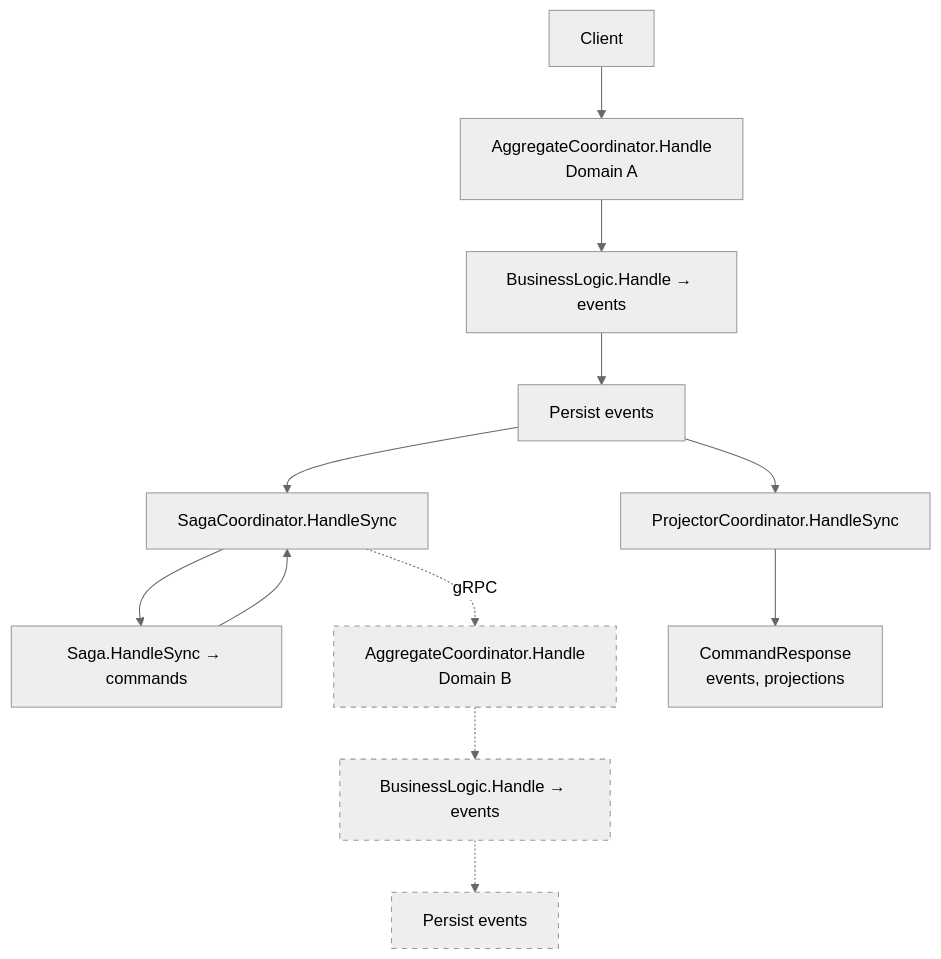
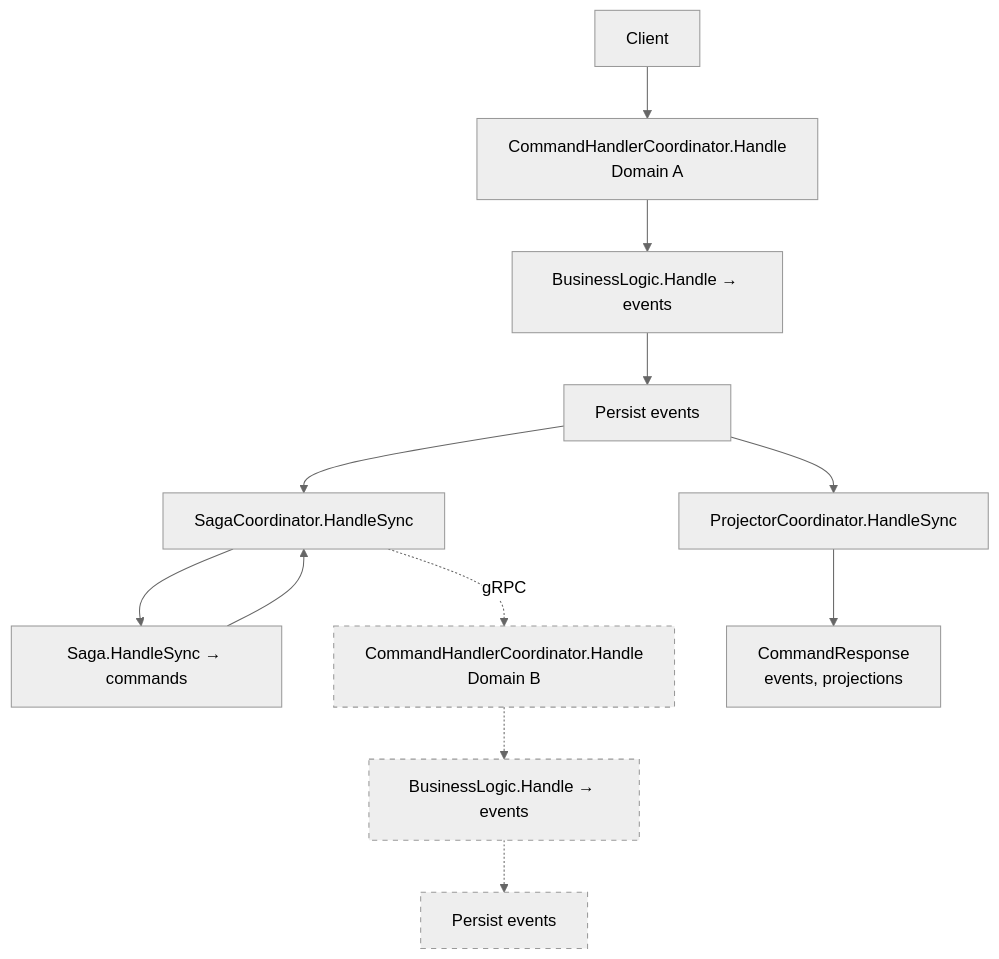
One commit to benjaminabbitt/angzarr changed the third of 3 diagrams in docs/docs/architecture.md. Above: the diagram before and after it, drawn with Mermaid (neutral theme). The commit also changed other lines of this file and 205 other files, not shown here.

First line of the commit message:
Rename Aggregate -> CommandHandler (CQRS infrastructure)

````diff
--- a/docs/docs/architecture.md
+++ b/docs/docs/architecture.md
@@ -147,17 +147,17 @@
 ```mermaid
 flowchart TB
-    Client --> AC[AggregateCoordinator.Handle<br/>Domain A]
-    AC --> BL[BusinessLogic.Handle → events]
+    Client --> CHC[CommandHandlerCoordinator.Handle<br/>Domain A]
+    CHC --> BL[BusinessLogic.Handle → events]
     BL --> Persist[Persist events]
     Persist --> SC[SagaCoordinator.HandleSync]
     SC --> Saga[Saga.HandleSync → commands]
     Saga --> SC
-    SC -.->|gRPC| AC2[AggregateCoordinator.Handle<br/>Domain B]
-    AC2 -.-> BL2[BusinessLogic.Handle → events]
+    SC -.->|gRPC| CHC2[CommandHandlerCoordinator.Handle<br/>Domain B]
+    CHC2 -.-> BL2[BusinessLogic.Handle → events]
     BL2 -.-> Persist2[Persist events]
     Persist --> PC[ProjectorCoordinator.HandleSync]
     PC --> Resp[CommandResponse<br/>events, projections]
-    style AC2 stroke-dasharray: 5 5
+    style CHC2 stroke-dasharray: 5 5
     style BL2 stroke-dasharray: 5 5
     style Persist2 stroke-dasharray: 5 5
 ```
````
